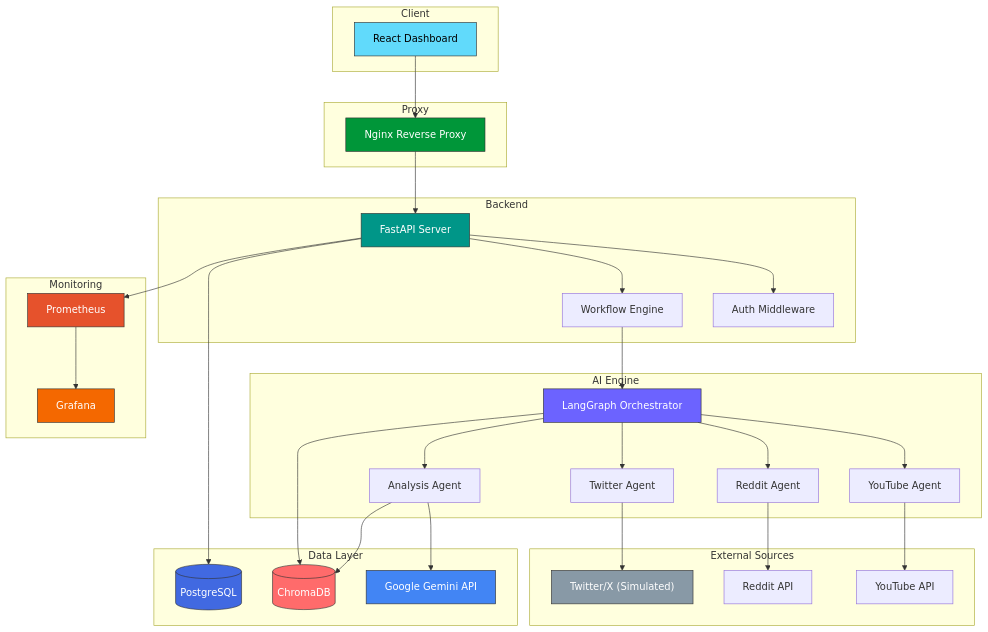
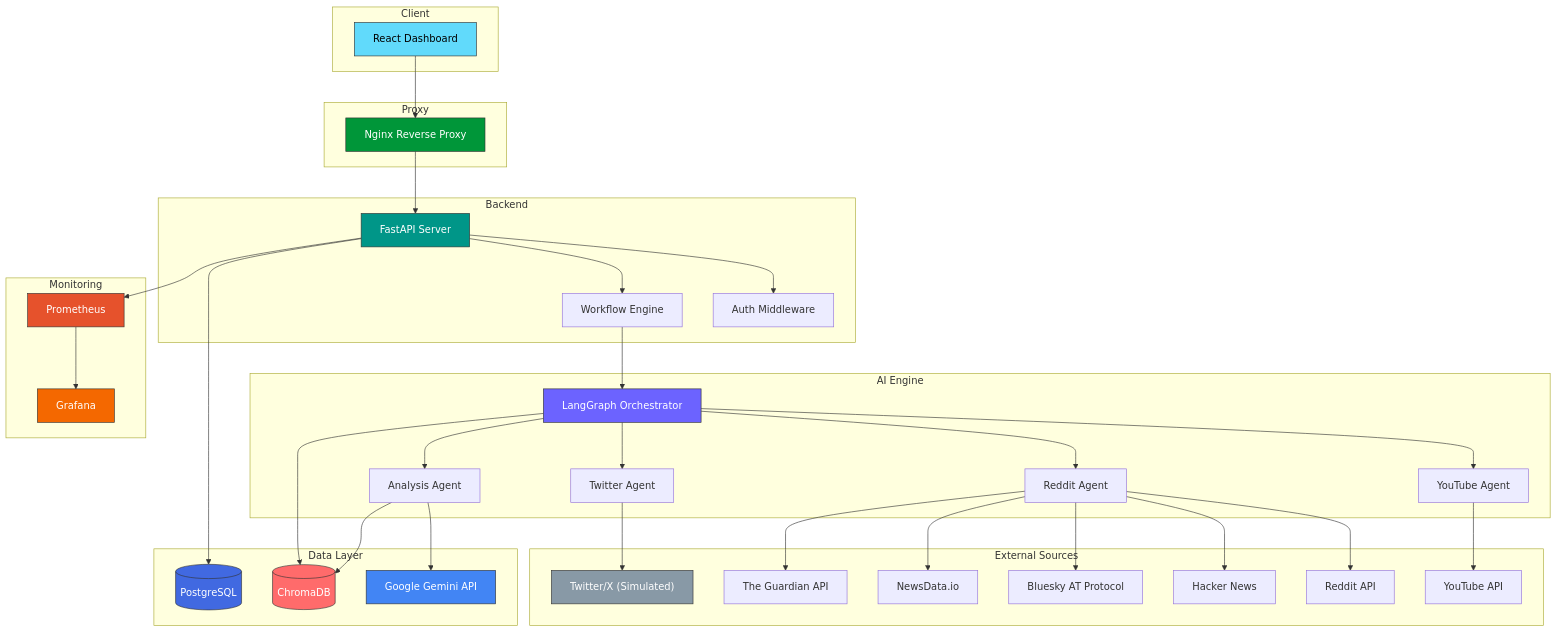
The diagram in README.md (TRITUSLegend/OpinionMap), drawn with Mermaid before and after one commit. The commit also changed other lines of this file and 8 other files, not shown here.

First line of the commit message:
feat: add HackerNews, Bluesky, NewsData.io, Guardian data sources

````diff
--- a/README.md
+++ b/README.md
@@ -87,68 +87,72 @@
 ```mermaid
 graph TB
     subgraph Client
         UI[React Dashboard]
     end
 
     subgraph Proxy
         NG[Nginx Reverse Proxy]
     end
 
     subgraph Backend
         API[FastAPI Server]
         AUTH[Auth Middleware]
         WF[Workflow Engine]
     end
 
     subgraph AI Engine
         LG[LangGraph Orchestrator]
         YTA[YouTube Agent]
         RDA[Reddit Agent]
         TWA[Twitter Agent]
         ANA[Analysis Agent]
     end
 
     subgraph Data Layer
         PG[(PostgreSQL)]
         CR[(ChromaDB)]
         GEM[Google Gemini API]
     end
 
     subgraph Monitoring
         PROM[Prometheus]
         GRAF[Grafana]
     end
 
     subgraph External Sources
         YT[YouTube API]
         RD[Reddit API]
+        HN[Hacker News]
+        BSK[Bluesky AT Protocol]
+        NDI[NewsData.io]
+        GRD[The Guardian API]
         TW["Twitter/X (Simulated)"]
     end
 
     UI --> NG
     NG --> API
     API --> AUTH
     API --> WF
     WF --> LG
     LG --> YTA & RDA & TWA & ANA
     YTA --> YT
-    RDA --> RD
+    RDA --> RD & HN & BSK & NDI & GRD
     TWA --> TW
     ANA --> GEM
     ANA --> CR
     API --> PG
     LG --> CR
     API --> PROM
     PROM --> GRAF
 
     style UI fill:#61DAFB,stroke:#333,color:#000
     style NG fill:#009639,stroke:#333,color:#fff
     style API fill:#009688,stroke:#333,color:#fff
     style LG fill:#6C63FF,stroke:#333,color:#fff
     style PG fill:#4169E1,stroke:#333,color:#fff
     style CR fill:#FF6B6B,stroke:#333,color:#fff
     style GEM fill:#4285F4,stroke:#333,color:#fff
     style PROM fill:#E6522C,stroke:#333,color:#fff
     style GRAF fill:#F46800,stroke:#333,color:#fff
     style TW fill:#8899A6,stroke:#333,color:#fff
 ```
````
